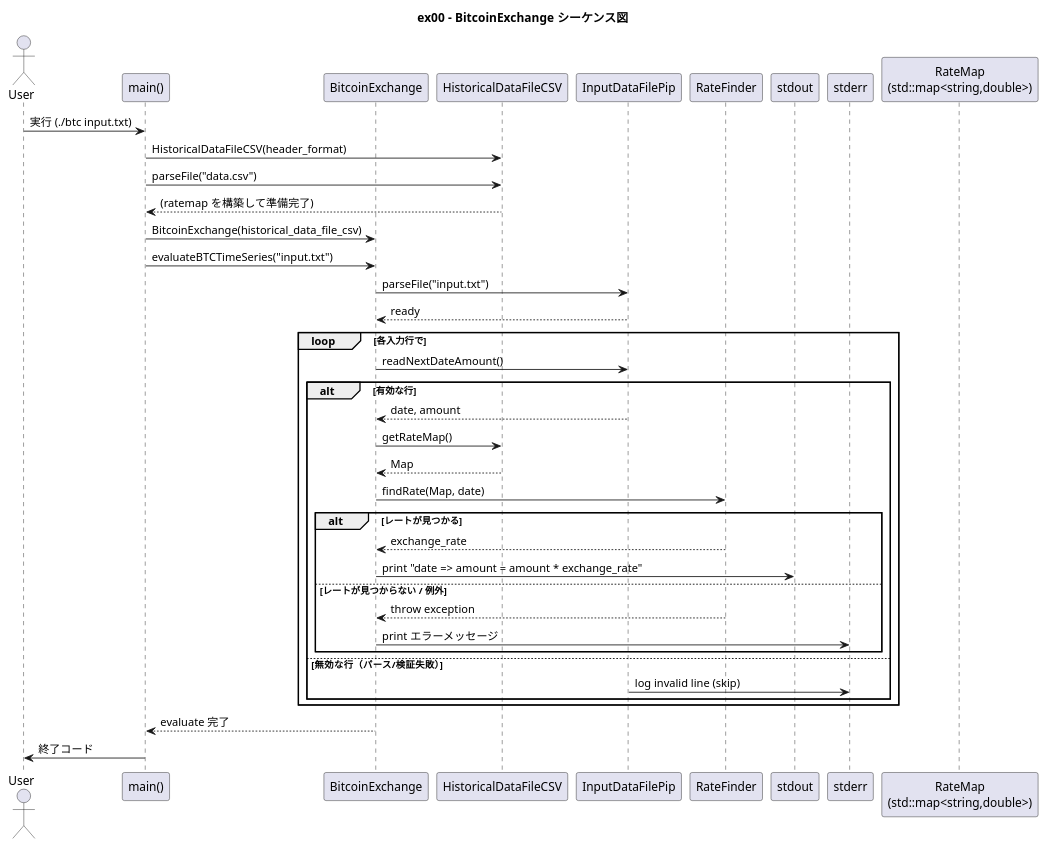
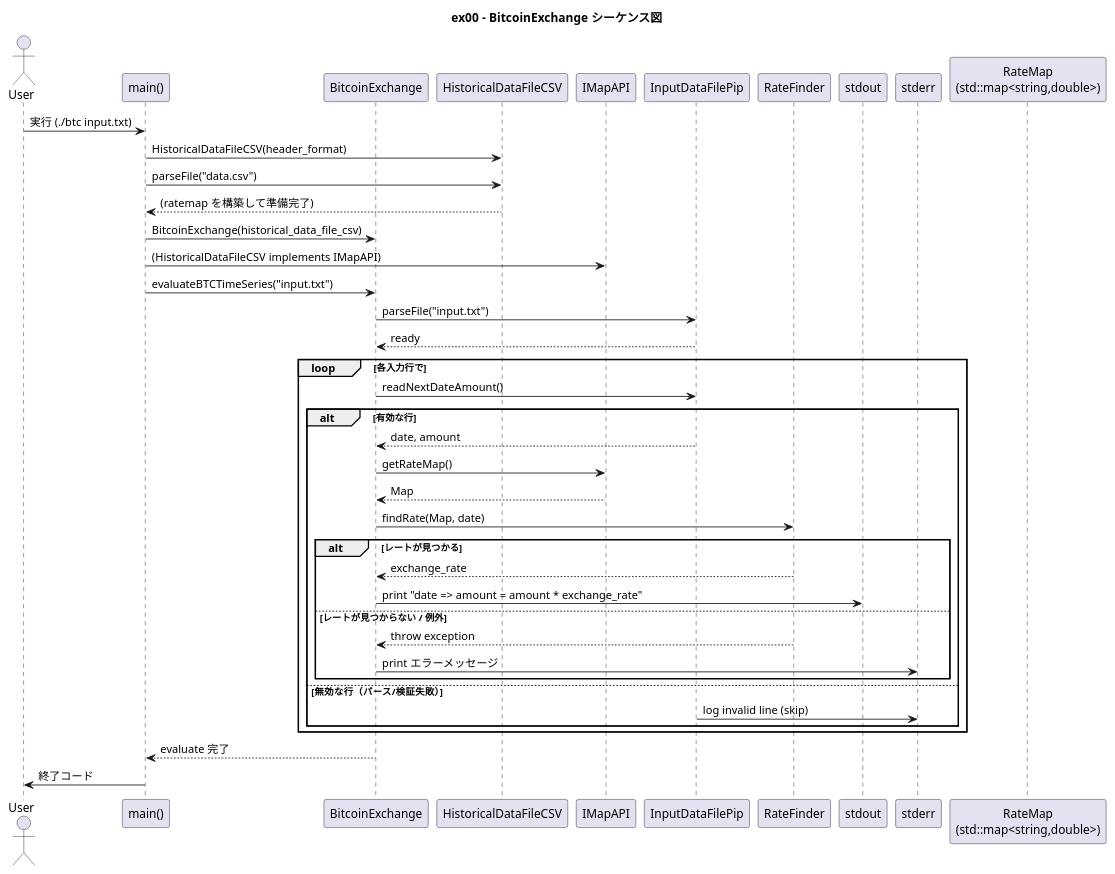
One commit to ra121e/cpp09 changed the diagram in ex00/sequence_ex00.puml. Above: the diagram before and after it, drawn with PlantUML. The commit also changed 8 other files, not shown here.

First line of the commit message:
ex00) refatcor: separate responsibility (data.csv)

```diff
--- a/ex00/sequence_ex00.puml
+++ b/ex00/sequence_ex00.puml
@@ -1,46 +1,48 @@
 @startuml ex00_sequence
 title ex00 - BitcoinExchange シーケンス図
 
 actor User
 participant Main as "main()"
 participant BitcoinExchange as "BitcoinExchange"
 participant HistoricalDataFileCSV as "HistoricalDataFileCSV"
+participant IMapAPI as "IMapAPI"
 participant InputDataFilePip as "InputDataFilePip"
 participant RateFinder as "RateFinder"
 participant StdOut as "stdout"
 participant StdErr as "stderr"
 participant Map as "RateMap\n(std::map<string,double>)"
 
 User -> Main: 実行 (./btc input.txt)
 Main -> HistoricalDataFileCSV: HistoricalDataFileCSV(header_format)
 Main -> HistoricalDataFileCSV: parseFile("data.csv")
 HistoricalDataFileCSV --> Main: (ratemap を構築して準備完了)
 Main -> BitcoinExchange: BitcoinExchange(historical_data_file_csv)
+Main -> IMapAPI: (HistoricalDataFileCSV implements IMapAPI)
 
 Main -> BitcoinExchange: evaluateBTCTimeSeries("input.txt")
 BitcoinExchange -> InputDataFilePip: parseFile("input.txt")
 InputDataFilePip --> BitcoinExchange: ready
 
 loop 各入力行で
     BitcoinExchange -> InputDataFilePip: readNextDateAmount()
     alt 有効な行
         InputDataFilePip --> BitcoinExchange: date, amount
-        BitcoinExchange -> HistoricalDataFileCSV: getRateMap()
-        HistoricalDataFileCSV --> BitcoinExchange: Map
+        BitcoinExchange -> IMapAPI: getRateMap()
+        IMapAPI --> BitcoinExchange: Map
         BitcoinExchange -> RateFinder: findRate(Map, date)
         alt レートが見つかる
             RateFinder --> BitcoinExchange: exchange_rate
             BitcoinExchange -> StdOut: print "date => amount = amount * exchange_rate"
         else レートが見つからない / 例外
             RateFinder --> BitcoinExchange: throw exception
             BitcoinExchange -> StdErr: print エラーメッセージ
         end
     else 無効な行（パース/検証失敗）
         InputDataFilePip -> StdErr: log invalid line (skip)
     end
 end
 
 BitcoinExchange --> Main: evaluate 完了
 Main -> User: 終了コード
 
 @enduml
```
